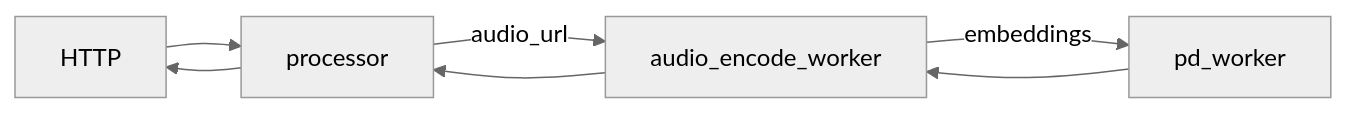
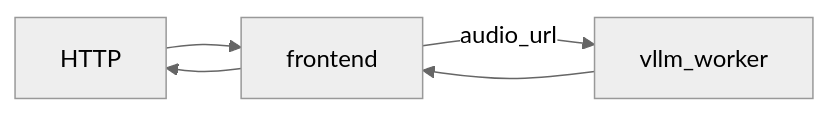
One commit to ai-dynamo/dynamo changed the first of 4 diagrams in docs/features/multimodal/multimodal-vllm.md. Above: the diagram before and after it, drawn with Mermaid (neutral theme). The commit also changed other lines of this file, not shown here.

First line of the commit message:
docs: update multimodal docs with aggregated audio serving

````diff
--- a/docs/features/multimodal/multimodal-vllm.md
+++ b/docs/features/multimodal/multimodal-vllm.md
@@ -159,9 +161,7 @@
 ```mermaid
 flowchart LR
-  HTTP --> processor
-  processor --> HTTP
-  processor --audio_url--> audio_encode_worker
-  audio_encode_worker --> processor
-  audio_encode_worker --embeddings--> pd_worker
-  pd_worker --> audio_encode_worker
+  HTTP --> frontend
+  frontend --> HTTP
+  frontend --audio_url--> vllm_worker
+  vllm_worker --> frontend
 ```
````
